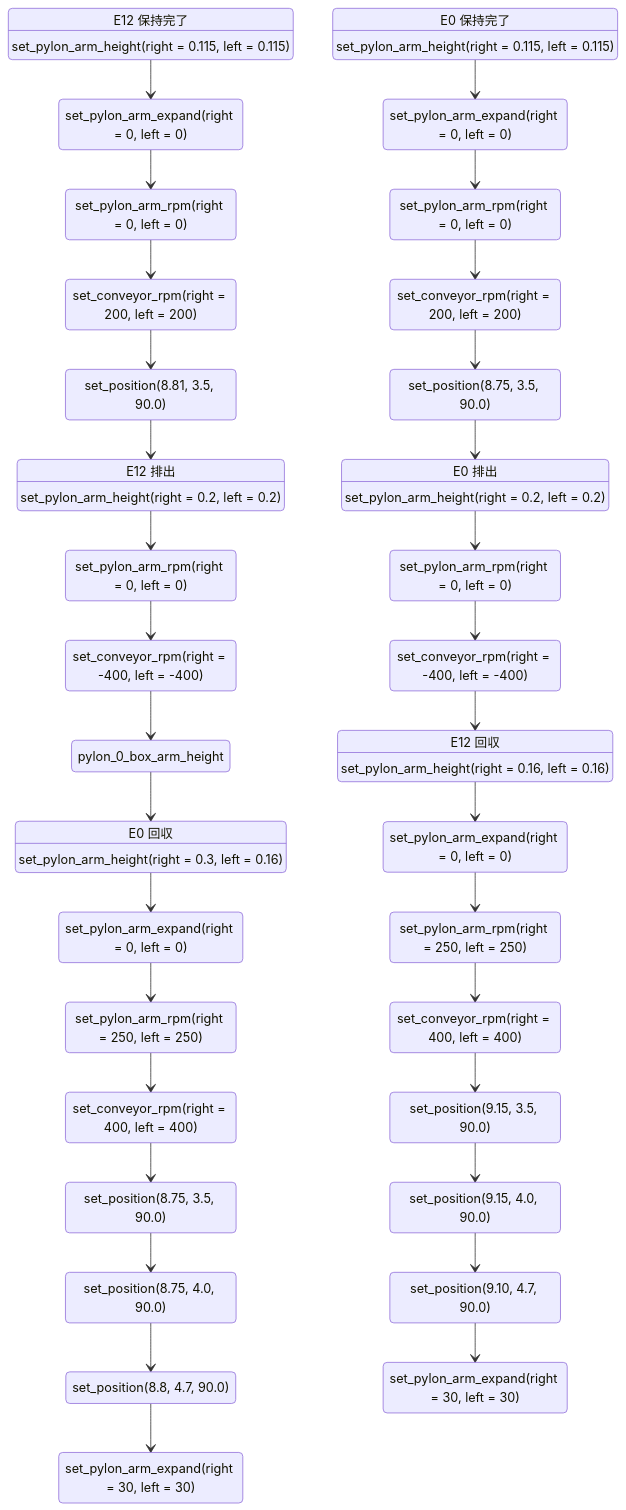
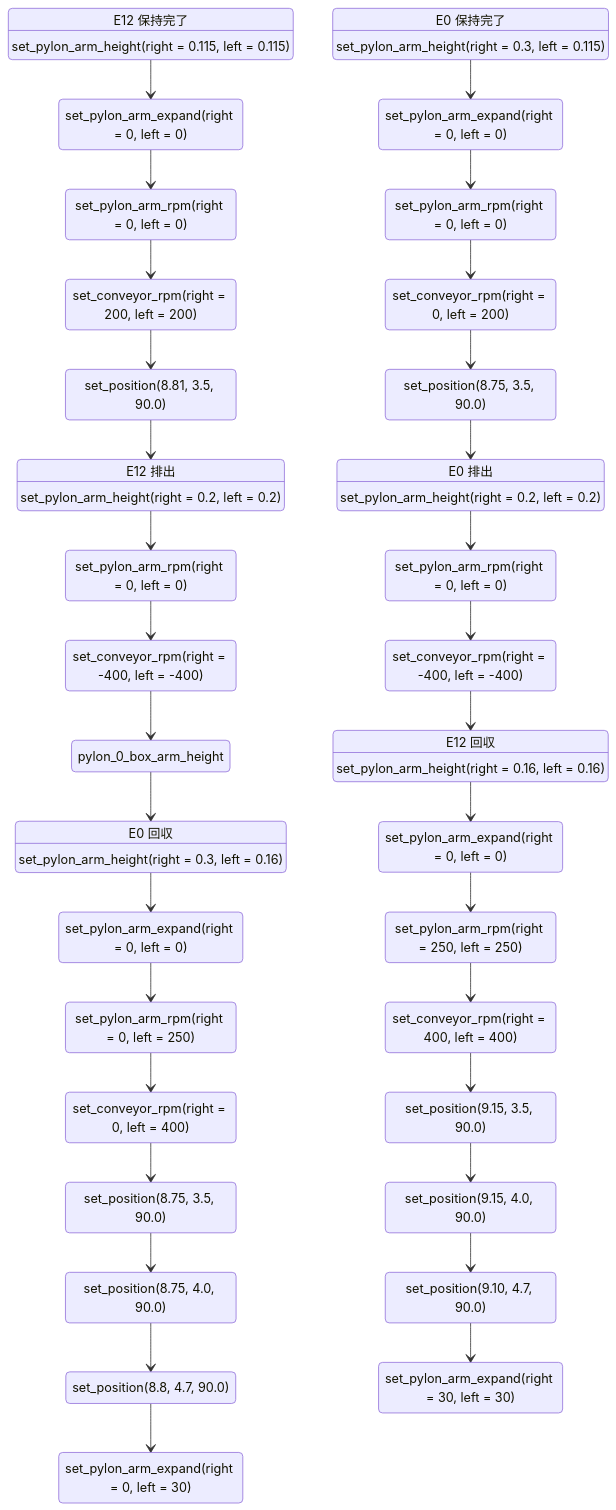
The diagram in src/launch/nhk2025b_launch/state_graph/e.md (NITIC-Robot-Club/nhk2025b_ros2), drawn with Mermaid before and after one commit. The commit also changed 4 other files, not shown here.

```diff
--- a/src/launch/nhk2025b_launch/state_graph/e.md
+++ b/src/launch/nhk2025b_launch/state_graph/e.md
@@ -3,12 +3,12 @@
     e_0_pylon_height_init : E0 回収
     e_0_pylon_height_init : set_pylon_arm_height(right = 0.3, left = 0.16)
     e_0_pylon_expand_init : set_pylon_arm_expand(right = 0, left = 0)
-    e_0_pylon_rpm_init    : set_pylon_arm_rpm(right = 250, left = 250)
-    e_0_conveyor_init     : set_conveyor_rpm(right = 400, left = 400)
+    e_0_pylon_rpm_init    : set_pylon_arm_rpm(right = 0, left = 250)
+    e_0_conveyor_init     : set_conveyor_rpm(right = 0, left = 400)
     e_0_position_init_0   : set_position(8.75, 3.5, 90.0)
     e_0_position_init_1   : set_position(8.75, 4.0, 90.0)
     e_0_position_get      : set_position(8.8, 4.7, 90.0)
-    e_0_pylon_expand_get  : set_pylon_arm_expand(right = 30, left = 30)
+    e_0_pylon_expand_get  : set_pylon_arm_expand(right = 0, left = 30)
 
     pylon_0_box_arm_height --> e_0_pylon_height_init
     e_0_pylon_height_init  --> e_0_pylon_expand_init
@@ -21,10 +21,10 @@
 
 
     e_0_pylon_height_hold : E0 保持完了
-    e_0_pylon_height_hold : set_pylon_arm_height(right = 0.115, left = 0.115)
+    e_0_pylon_height_hold : set_pylon_arm_height(right = 0.3, left = 0.115)
     e_0_pylon_expand_hold : set_pylon_arm_expand(right = 0, left = 0)
     e_0_pylon_rpm_hold    : set_pylon_arm_rpm(right = 0, left = 0)
-    e_0_conveyor_hold     : set_conveyor_rpm(right = 200, left = 200)
+    e_0_conveyor_hold     : set_conveyor_rpm(right = 0, left = 200)
     e_0_position_hold     : set_position(8.75, 3.5, 90.0)
 
     e_0_pylon_height_hold --> e_0_pylon_expand_hold
```
